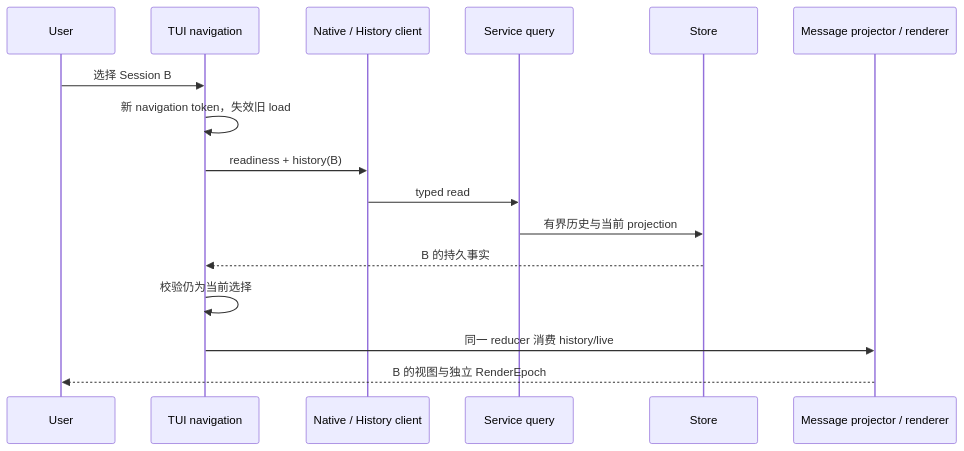
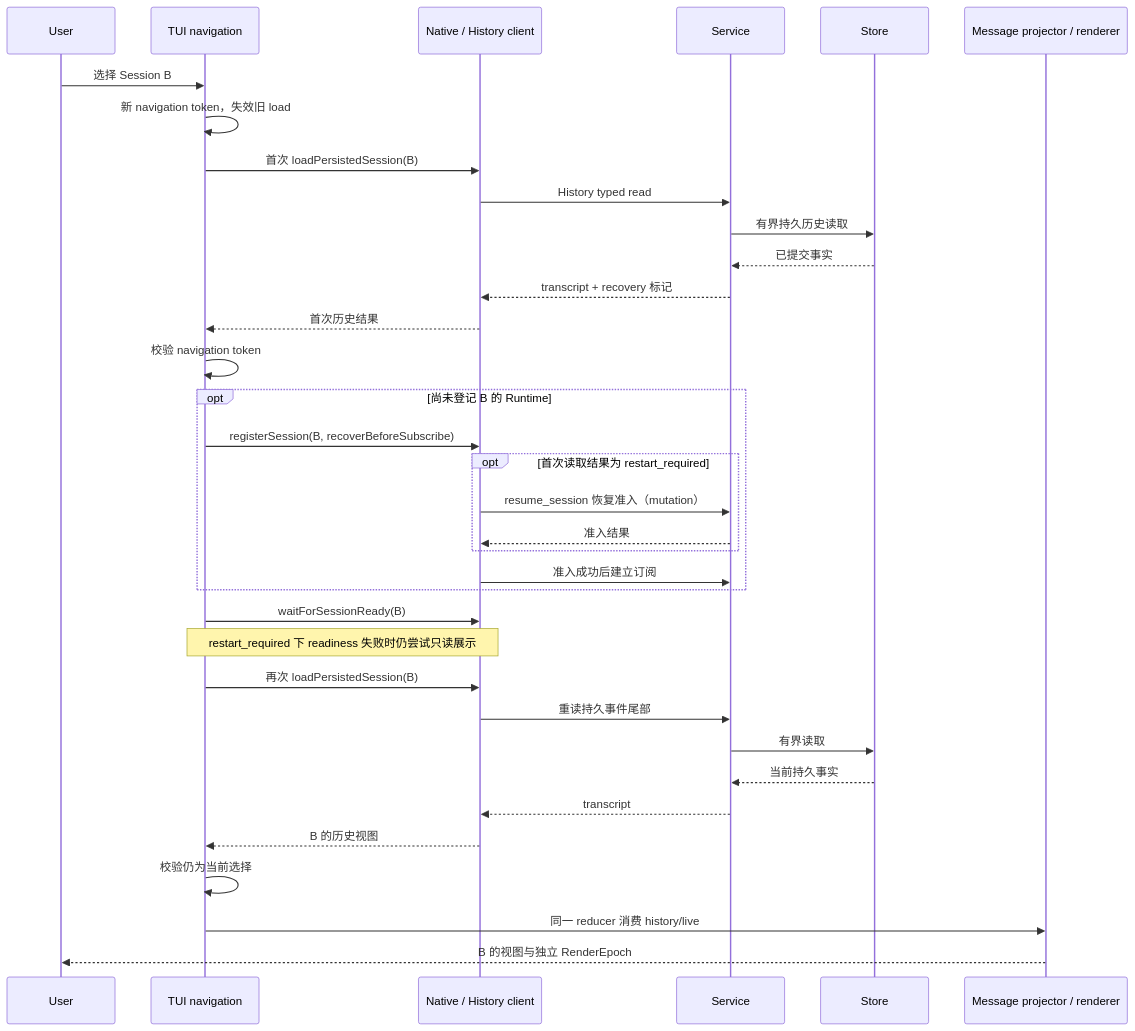
One commit to ferqx/kite-code changed the diagram in docs/development/flows/session-history.md. Above: the diagram before and after it, drawn with Mermaid. The commit also changed other lines of this file and 14 other files, not shown here.

Commit message:
docs: map product architecture and verify runtime boundaries

````diff
--- a/docs/development/flows/session-history.md
+++ b/docs/development/flows/session-history.md
@@ -5,18 +5,37 @@
 ```mermaid
 sequenceDiagram
   participant U as User
   participant C as TUI navigation
   participant N as Native / History client
-  participant S as Service query
+  participant S as Service
   participant D as Store
   participant P as Message projector / renderer
   U->>C: 选择 Session B
   C->>C: 新 navigation token，失效旧 load
-  C->>N: readiness + history(B)
-  N->>S: typed read
-  S->>D: 有界历史与当前 projection
-  D-->>C: B 的持久事实
+  C->>N: 首次 loadPersistedSession(B)
+  N->>S: History typed read
+  S->>D: 有界持久历史读取
+  D-->>S: 已提交事实
+  S-->>N: transcript + recovery 标记
+  N-->>C: 首次历史结果
+  C->>C: 校验 navigation token
+  opt 尚未登记 B 的 Runtime
+    C->>N: registerSession(B, recoverBeforeSubscribe)
+    opt 首次读取结果为 restart_required
+      N->>S: resume_session 恢复准入（mutation）
+      S-->>N: 准入结果
+    end
+    N->>S: 准入成功后建立订阅
+  end
+  C->>N: waitForSessionReady(B)
+  Note over C,N: restart_required 下 readiness 失败时仍尝试只读展示
+  C->>N: 再次 loadPersistedSession(B)
+  N->>S: 重读持久事件尾部
+  S->>D: 有界读取
+  D-->>S: 当前持久事实
+  S-->>N: transcript
+  N-->>C: B 的历史视图
   C->>C: 校验仍为当前选择
   C->>P: 同一 reducer 消费 history/live
   P-->>U: B 的视图与独立 RenderEpoch
 ```
````
